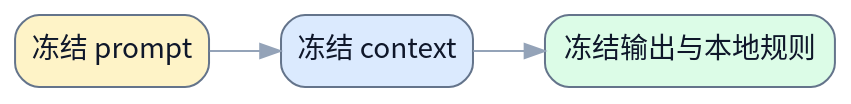
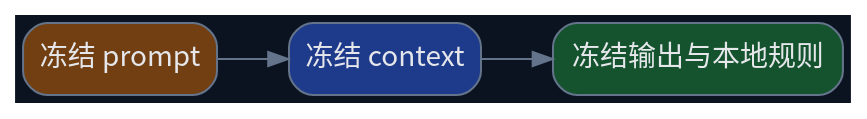
One commit to terencefan/inority-workspace changed the first of 2 diagrams in skills/write-doc/modes/spec/templates/llm-node-spec-template.md. Above: the diagram before and after it, drawn with Graphviz. The commit also changed other lines of this file and 45 other files, not shown here.

````diff
--- a/skills/write-doc/modes/spec/templates/llm-node-spec-template.md
+++ b/skills/write-doc/modes/spec/templates/llm-node-spec-template.md
@@ -44,14 +44,14 @@
 ```dot
 digraph TargetLlmNode {
   rankdir=LR;
-  graph [bgcolor="transparent", fontname="Noto Sans CJK SC"];
-  node [fontname="Noto Sans CJK SC", shape=box, style="rounded,filled", color="#64748b", fontcolor="#0f172a", fillcolor="#f8fafc"];
-  edge [fontname="Noto Sans CJK SC", color="#94a3b8", fontcolor="#94a3b8"];
+  graph [bgcolor="#0b1220", fontname="Noto Sans CJK SC"];
+  node [fontname="Noto Sans CJK SC", shape=box, style="rounded,filled", color="#64748b", fontcolor="#e5e7eb", fillcolor="#0f172a"];
+  edge [fontname="Noto Sans CJK SC", color="#64748b", fontcolor="#64748b"];
 
-  prompts [label="冻结 prompt", fillcolor="#fef3c7"];
-  context [label="冻结 context", fillcolor="#dbeafe"];
-  contract [label="冻结输出与本地规则", fillcolor="#dcfce7"];
+  prompts [label="冻结 prompt", fillcolor="#713f12"];
+  context [label="冻结 context", fillcolor="#1e3a8a"];
+  contract [label="冻结输出与本地规则", fillcolor="#14532d"];
 
   prompts -> context -> contract;
 }
 ```
````
